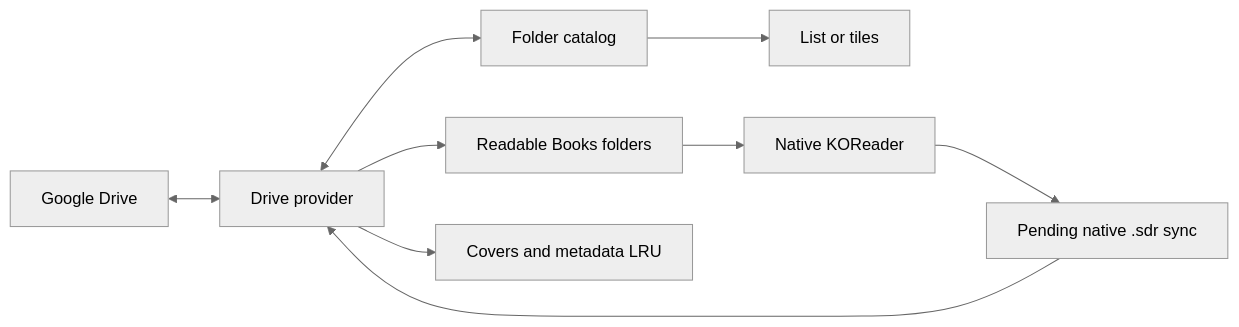
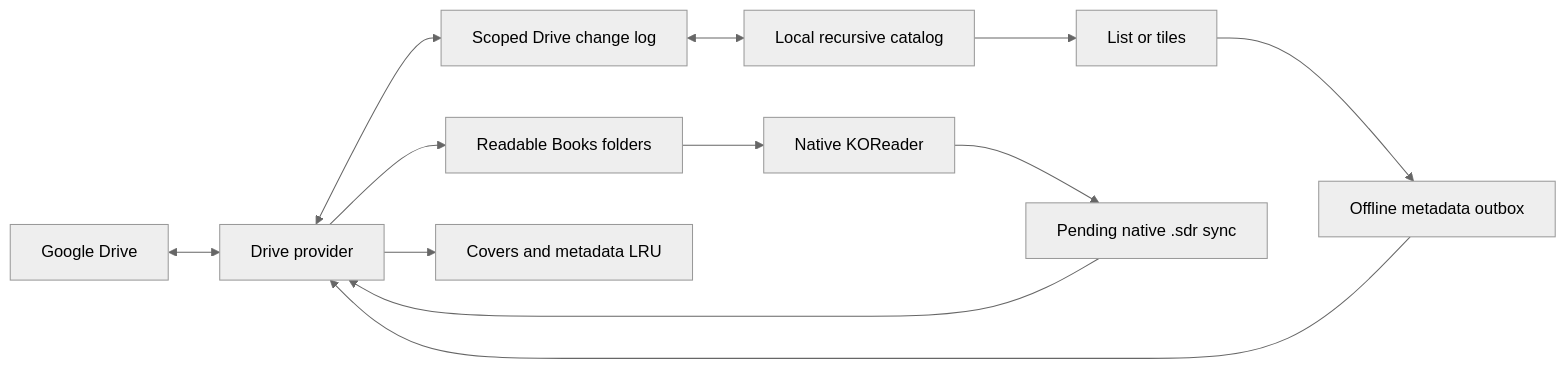
Before and after one commit to mewforest/gdriveshelf.koplugin: the diagram in README.md, drawn with Mermaid (neutral theme). The commit also changed other lines of this file and 56 other files, not shown here.

````diff
--- a/README.md
+++ b/README.md
@@ -68,11 +82,14 @@
 ```mermaid
 flowchart LR
     Drive[Google Drive] <--> Provider[Drive provider]
-    Provider <--> Catalog[Folder catalog]
+    Provider <--> Changes[Scoped Drive change log]
+    Changes <--> Catalog[Local recursive catalog]
     Provider --> Books[Readable Books folders]
     Provider --> Metadata[Covers and metadata LRU]
     Catalog --> UI[List or tiles]
+    UI --> Edits[Offline metadata outbox]
+    Edits --> Provider
     Books --> Reader[Native KOReader]
     Reader --> Queue[Pending native .sdr sync]
     Queue --> Provider
 ```
````
